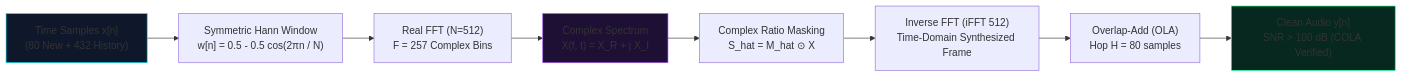
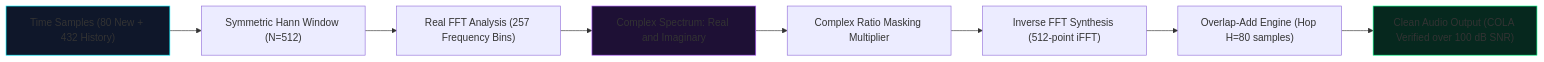
The third of 4 diagrams in README.md (raghul-cyber/noiseless-X6), drawn with Mermaid before and after one commit. The commit also changed other lines of this file, not shown here.

Commit message:
fix(docs): resolve Mermaid syntax parse errors across all diagrams in README.md

````diff
--- a/README.md
+++ b/README.md
@@ -258,14 +258,14 @@
 ```mermaid
 graph LR
-    PCM_IN["Time Samples x[n]<br/>(80 New + 432 History)"] --> HANN["Symmetric Hann Window<br/>w[n] = 0.5 - 0.5 cos(2πn / N)"]
-    HANN --> FFT["Real FFT (N=512)<br/>F = 257 Complex Bins"]
-    FFT --> COMPLEX_SPEC["Complex Spectrum<br/>X(f, t) = X_R + j X_I"]
-    COMPLEX_SPEC --> MASK_MULT["Complex Ratio Masking<br/>S_hat = M_hat ⊙ X"]
-    MASK_MULT --> IFFT["Inverse FFT (iFFT 512)<br/>Time-Domain Synthesized Frame"]
-    IFFT --> OLA["Overlap-Add (OLA)<br/>Hop H = 80 samples"]
-    OLA --> PCM_OUT["Clean Audio y[n]<br/>SNR > 100 dB (COLA Verified)"]
+    PCM_IN["Time Samples (80 New + 432 History)"] --> HANN["Symmetric Hann Window (N=512)"]
+    HANN --> FFT["Real FFT Analysis (257 Frequency Bins)"]
+    FFT --> COMPLEX_SPEC["Complex Spectrum: Real and Imaginary"]
+    COMPLEX_SPEC --> MASK_MULT["Complex Ratio Masking Multiplier"]
+    MASK_MULT --> IFFT["Inverse FFT Synthesis (512-point iFFT)"]
+    IFFT --> OLA["Overlap-Add Engine (Hop H=80 samples)"]
+    OLA --> PCM_OUT["Clean Audio Output (COLA Verified over 100 dB SNR)"]
 
     style PCM_IN fill:#0f172a,stroke:#00f0ff
     style COMPLEX_SPEC fill:#1e1035,stroke:#a855f7
     style PCM_OUT fill:#06281e,stroke:#00ff88
 ```
````
